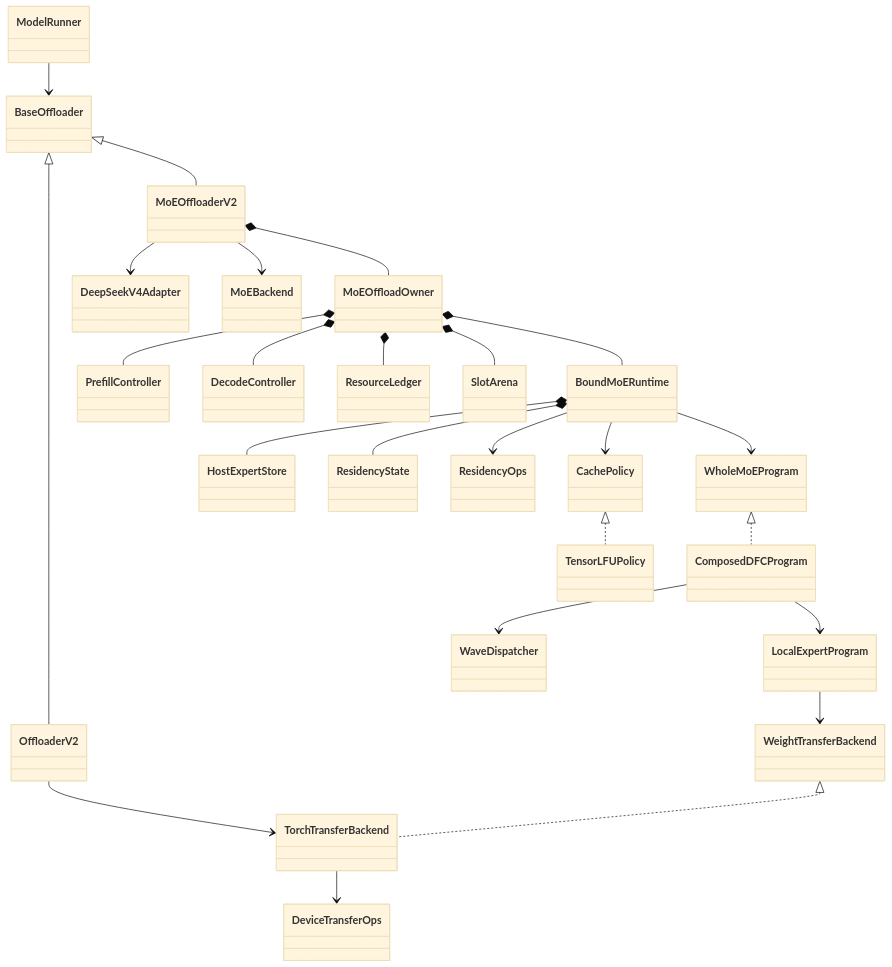
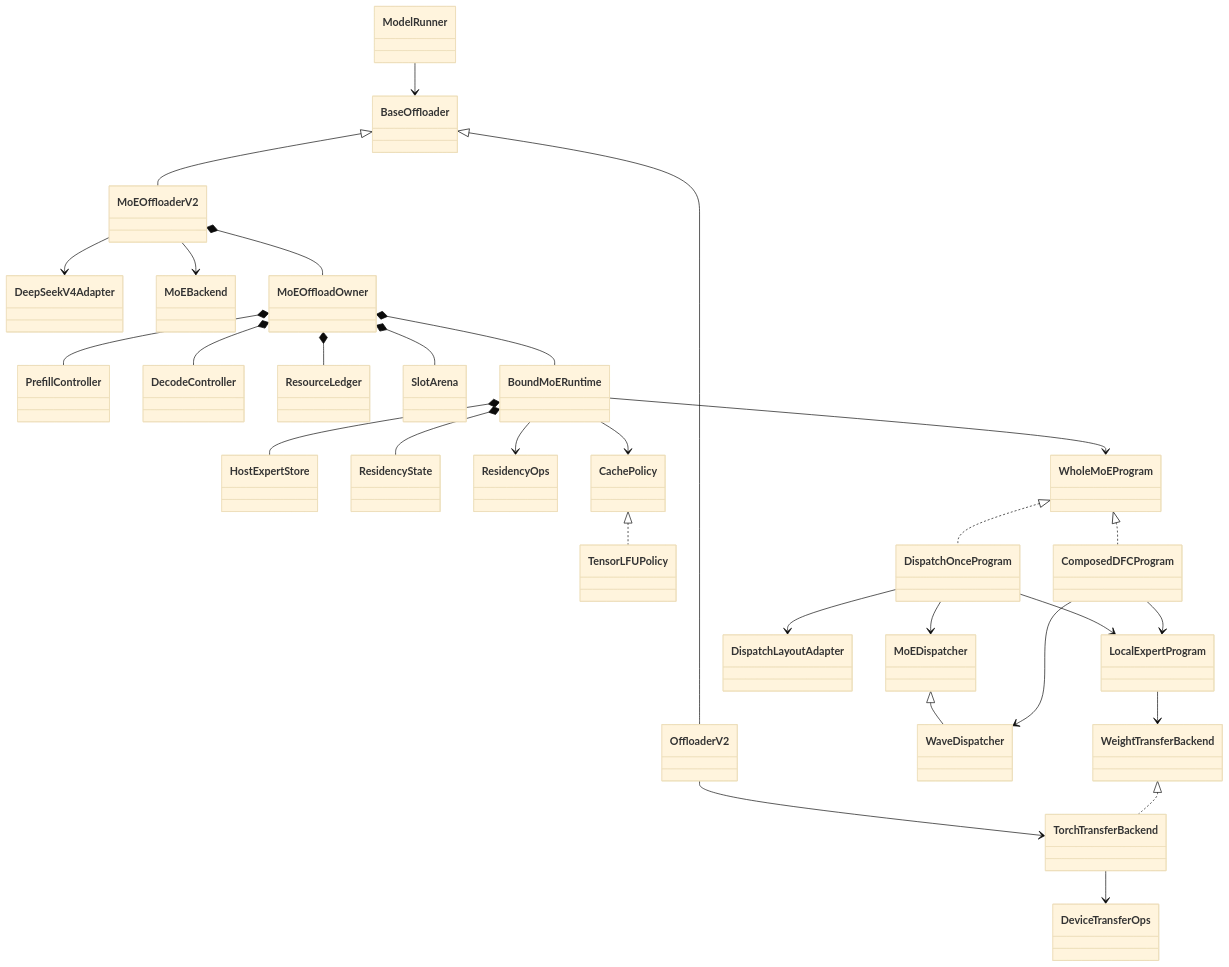
The diagram in python/sglang/srt/offloading/moe/README.md (fishAndShrimp/sglang), drawn with Mermaid (base theme) before and after one commit. The commit also changed other lines of this file and 6 other files, not shown here.

First line of the commit message:
feat(offloading): add dispatch-once sliced MoE program

````diff
--- a/python/sglang/srt/offloading/moe/README.md
+++ b/python/sglang/srt/offloading/moe/README.md
@@ -35,27 +35,32 @@
 ```mermaid
 classDiagram
     BaseOffloader <|-- OffloaderV2
     BaseOffloader <|-- MoEOffloaderV2
     ModelRunner --> BaseOffloader
     OffloaderV2 --> TorchTransferBackend
     MoEOffloaderV2 --> DeepSeekV4Adapter
     MoEOffloaderV2 --> MoEBackend
     MoEOffloaderV2 *-- MoEOffloadOwner
     MoEOffloadOwner *-- PrefillController
     MoEOffloadOwner *-- DecodeController
     MoEOffloadOwner *-- ResourceLedger
     MoEOffloadOwner *-- SlotArena
     MoEOffloadOwner *-- BoundMoERuntime
     BoundMoERuntime *-- HostExpertStore
     BoundMoERuntime *-- ResidencyState
     BoundMoERuntime --> ResidencyOps
     BoundMoERuntime --> CachePolicy
     CachePolicy <|.. TensorLFUPolicy
     BoundMoERuntime --> WholeMoEProgram
     WholeMoEProgram <|.. ComposedDFCProgram
+    WholeMoEProgram <|.. DispatchOnceProgram
+    MoEDispatcher <|-- WaveDispatcher
+    DispatchOnceProgram --> MoEDispatcher
+    DispatchOnceProgram --> DispatchLayoutAdapter
+    DispatchOnceProgram --> LocalExpertProgram
     ComposedDFCProgram --> WaveDispatcher
     ComposedDFCProgram --> LocalExpertProgram
     LocalExpertProgram --> WeightTransferBackend
     WeightTransferBackend <|.. TorchTransferBackend
     TorchTransferBackend --> DeviceTransferOps
 ```
````
